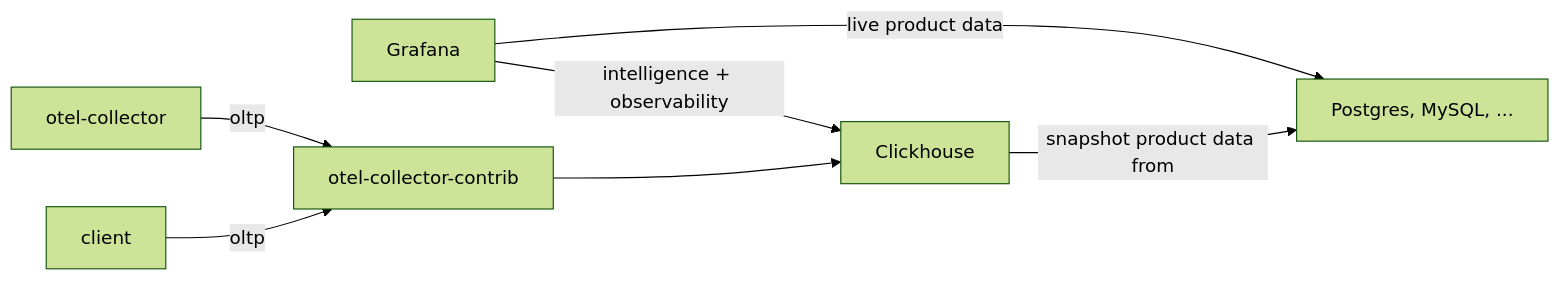
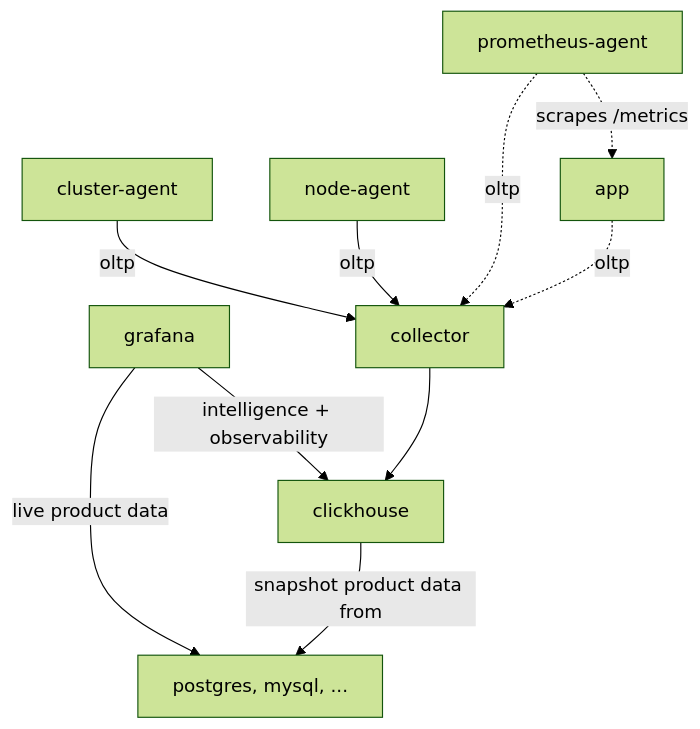
One commit to mjpitz/cognative changed the first of 2 diagrams in README.md. Above: the diagram before and after it, drawn with Mermaid (forest theme). The commit also changed other lines of this file, not shown here.

````diff
--- a/README.md
+++ b/README.md
@@ -80,14 +184,17 @@
 ```mermaid
-flowchart LR
-    grafana[Grafana]
-    database[Postgres, MySQL, ...]
-    clickhouse[Clickhouse]
+flowchart TD
+    database[postgres, mysql, ...]
 
     grafana -- live product data --> database
-    grafana -- intelligence + observability --> clickhouse
     clickhouse -- snapshot product data from --> database
 
-    otel-collector-contrib --> clickhouse
-    otel-collector -- oltp --> otel-collector-contrib
-    client -- oltp --> otel-collector-contrib
+    grafana -- intelligence + observability --> clickhouse
+    collector --> clickhouse
+
+    cluster-agent -- oltp --> collector
+    node-agent -- oltp --> collector
+    prometheus-agent -. oltp .-> collector
+    app -. oltp .-> collector
+
+    prometheus-agent -. scrapes /metrics .-> app
 ```
````
